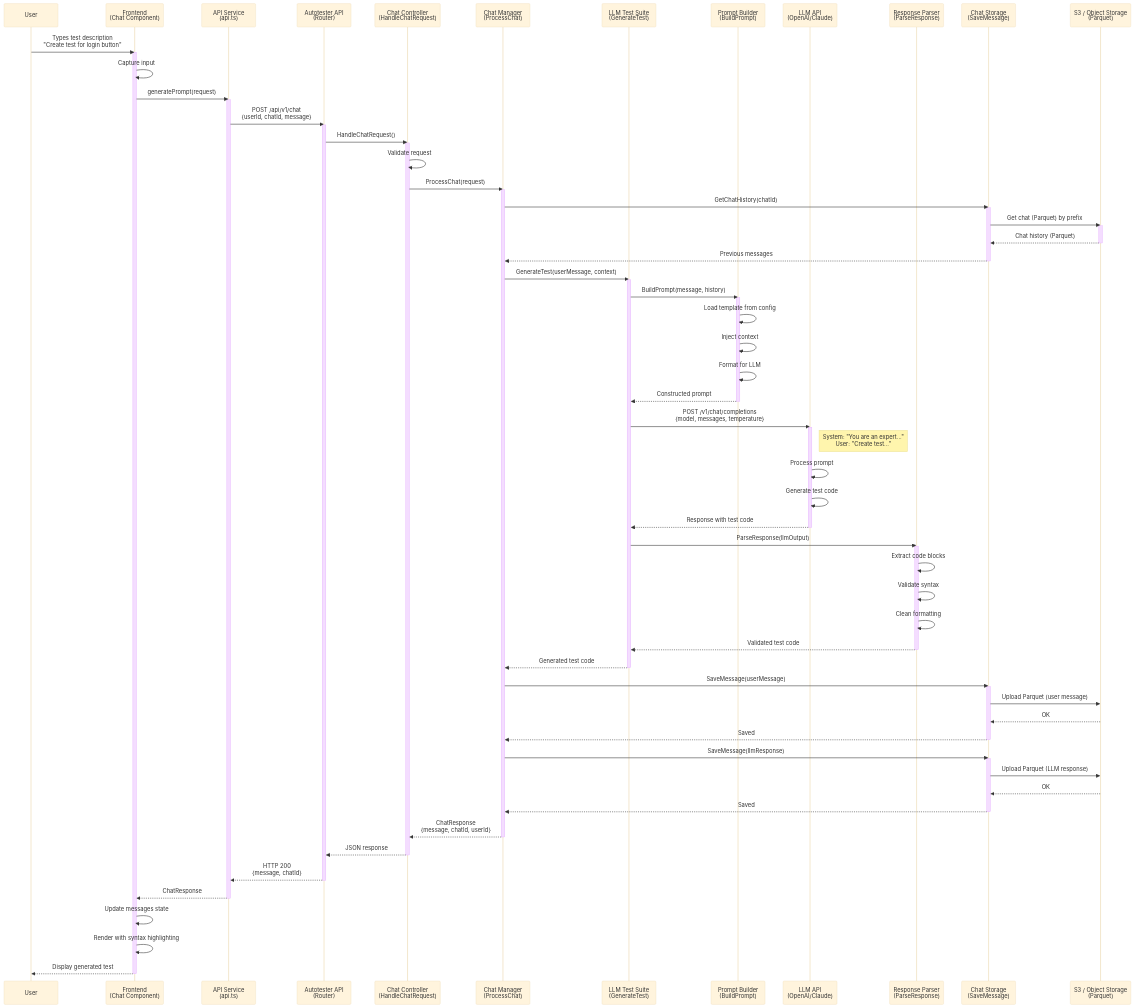
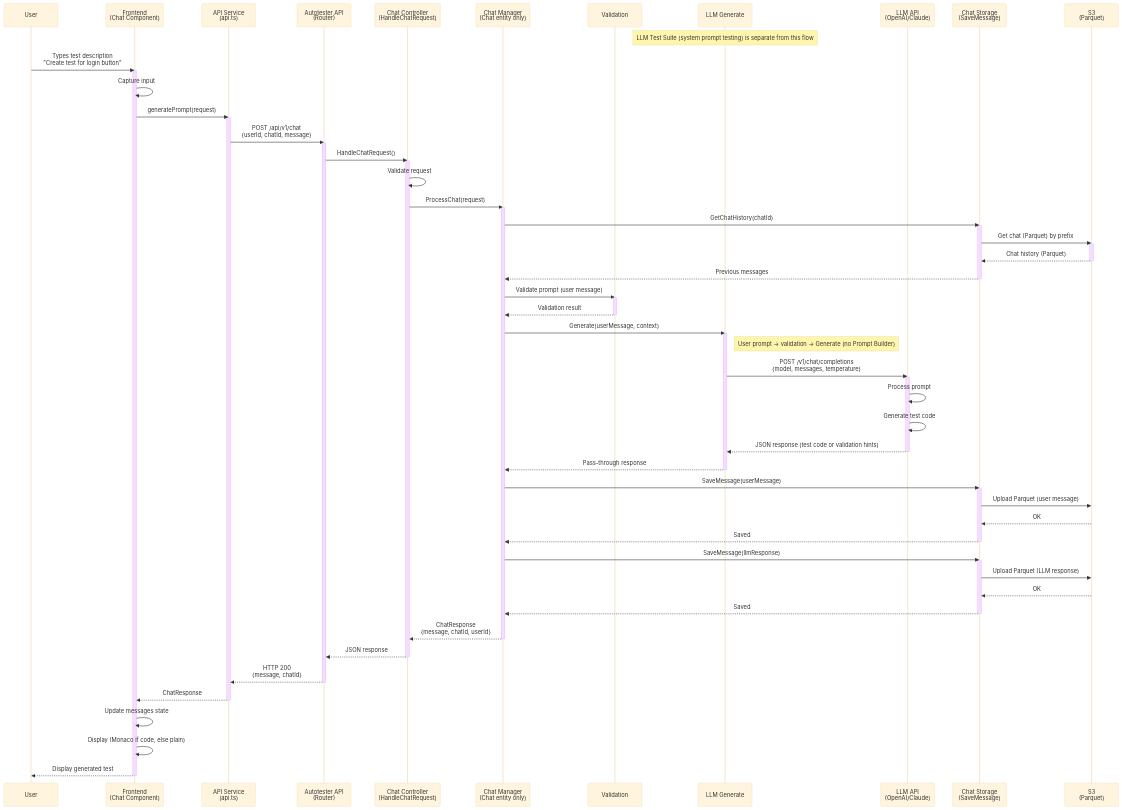
Before and after one commit to Skzter/smart: the diagram in docs/architecture/04-code/diagrams/llm-flow.mmd, drawn with Mermaid (base theme). The commit also changed 21 other files, not shown here.

First line of the commit message:
docs(docs#156): update architecture documentation for Autotester, MCP, and Suproxy components

```diff
--- a/docs/architecture/04-code/diagrams/llm-flow.mmd
+++ b/docs/architecture/04-code/diagrams/llm-flow.mmd
@@ -1,97 +1,84 @@
 sequenceDiagram
     participant User
     participant Frontend as Frontend<br/>(Chat Component)
     participant API as API Service<br/>(api.ts)
     participant Router as Autotester API<br/>(Router)
     participant Controller as Chat Controller<br/>(HandleChatRequest)
-    participant ChatManager as Chat Manager<br/>(ProcessChat)
-    participant LLMSuite as LLM Test Suite<br/>(GenerateTest)
-    participant PromptBuilder as Prompt Builder<br/>(BuildPrompt)
+    participant ChatManager as Chat Manager<br/>(Chat entity only)
+    participant Validate as Validation
+    participant LLMSuite as LLM Generate
     participant LLM as LLM API<br/>(OpenAI/Claude)
-    participant Parser as Response Parser<br/>(ParseResponse)
     participant Storage as Chat Storage<br/>(SaveMessage)
-    participant S3 as S3 / Object Storage<br/>(Parquet)
+    participant S3 as S3<br/>(Parquet)
+    Note over LLMSuite: LLM Test Suite (system prompt testing) is separate from this flow
 
     User->>Frontend: Types test description<br/>"Create test for login button"
     activate Frontend
     Frontend->>Frontend: Capture input
     Frontend->>API: generatePrompt(request)
     activate API
     
     API->>Router: POST /api/v1/chat<br/>{userId, chatId, message}
     activate Router
     Router->>Controller: HandleChatRequest()
     activate Controller
     
     Controller->>Controller: Validate request
     Controller->>ChatManager: ProcessChat(request)
     activate ChatManager
     
     ChatManager->>Storage: GetChatHistory(chatId)
     activate Storage
     Storage->>S3: Get chat (Parquet) by prefix
     activate S3
     S3-->>Storage: Chat history (Parquet)
     deactivate S3
     Storage-->>ChatManager: Previous messages
     deactivate Storage
     
-    ChatManager->>LLMSuite: GenerateTest(userMessage, context)
+    ChatManager->>Validate: Validate prompt (user message)
+    activate Validate
+    Validate-->>ChatManager: Validation result
+    deactivate Validate
+    
+    ChatManager->>LLMSuite: Generate(userMessage, context)
     activate LLMSuite
-    
-    LLMSuite->>PromptBuilder: BuildPrompt(message, history)
-    activate PromptBuilder
-    PromptBuilder->>PromptBuilder: Load template from config
-    PromptBuilder->>PromptBuilder: Inject context
-    PromptBuilder->>PromptBuilder: Format for LLM
-    PromptBuilder-->>LLMSuite: Constructed prompt
-    deactivate PromptBuilder
-    
+    Note right of LLMSuite: User prompt → validation → Generate (no Prompt Builder)
     LLMSuite->>LLM: POST /v1/chat/completions<br/>{model, messages, temperature}
     activate LLM
-    Note right of LLM: System: "You are an expert..."<br/>User: "Create test..."
     LLM->>LLM: Process prompt
     LLM->>LLM: Generate test code
-    LLM-->>LLMSuite: Response with test code
+    LLM-->>LLMSuite: JSON response (test code or validation hints)
     deactivate LLM
-    
-    LLMSuite->>Parser: ParseResponse(llmOutput)
-    activate Parser
-    Parser->>Parser: Extract code blocks
-    Parser->>Parser: Validate syntax
-    Parser->>Parser: Clean formatting
-    Parser-->>LLMSuite: Validated test code
-    deactivate Parser
-    
-    LLMSuite-->>ChatManager: Generated test code
+    LLMSuite-->>ChatManager: Pass-through response
     deactivate LLMSuite
     
     ChatManager->>Storage: SaveMessage(userMessage)
     activate Storage
     Storage->>S3: Upload Parquet (user message)
     S3-->>Storage: OK
     Storage-->>ChatManager: Saved
     deactivate Storage
     
     ChatManager->>Storage: SaveMessage(llmResponse)
     activate Storage
     Storage->>S3: Upload Parquet (LLM response)
     S3-->>Storage: OK
     Storage-->>ChatManager: Saved
     deactivate Storage
     
     ChatManager-->>Controller: ChatResponse<br/>{message, chatId, userId}
     deactivate ChatManager
     
     Controller-->>Router: JSON response
     deactivate Controller
     Router-->>API: HTTP 200<br/>{message, chatId}
     deactivate Router
     
     API-->>Frontend: ChatResponse
     deactivate API
     
     Frontend->>Frontend: Update messages state
-    Frontend->>Frontend: Render with syntax highlighting
+    Frontend->>Frontend: Display (Monaco if code, else plain)
     Frontend-->>User: Display generated test
     deactivate Frontend
```
